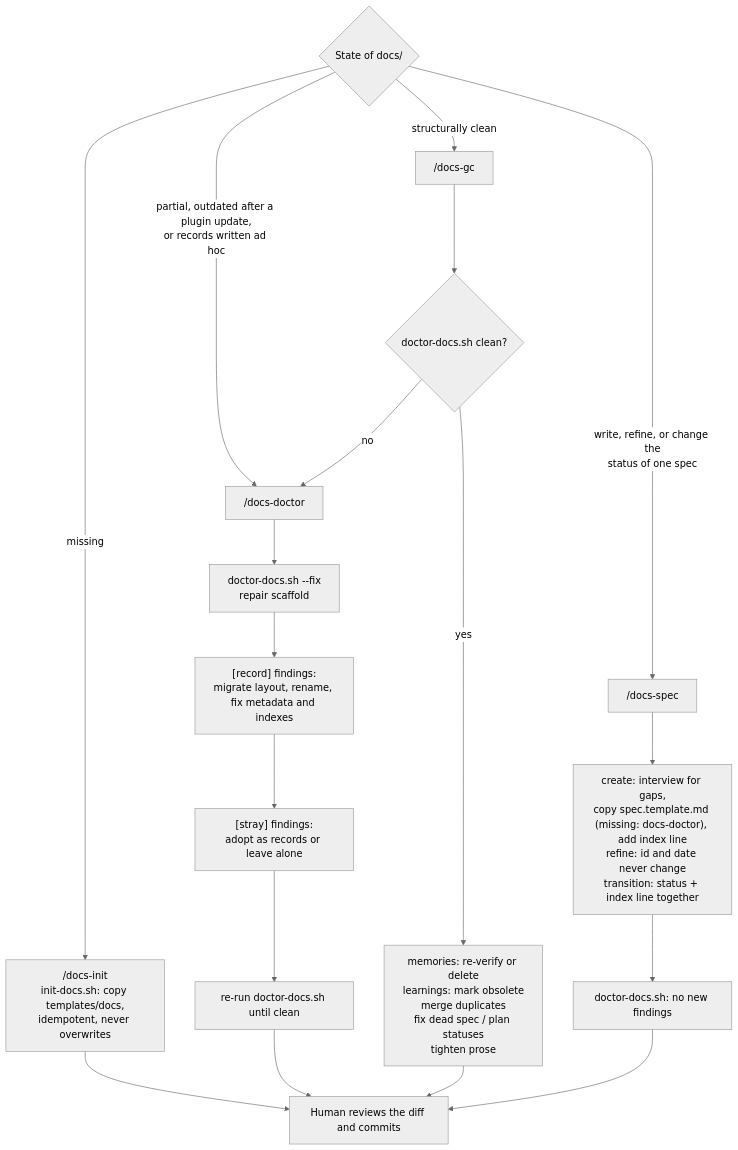
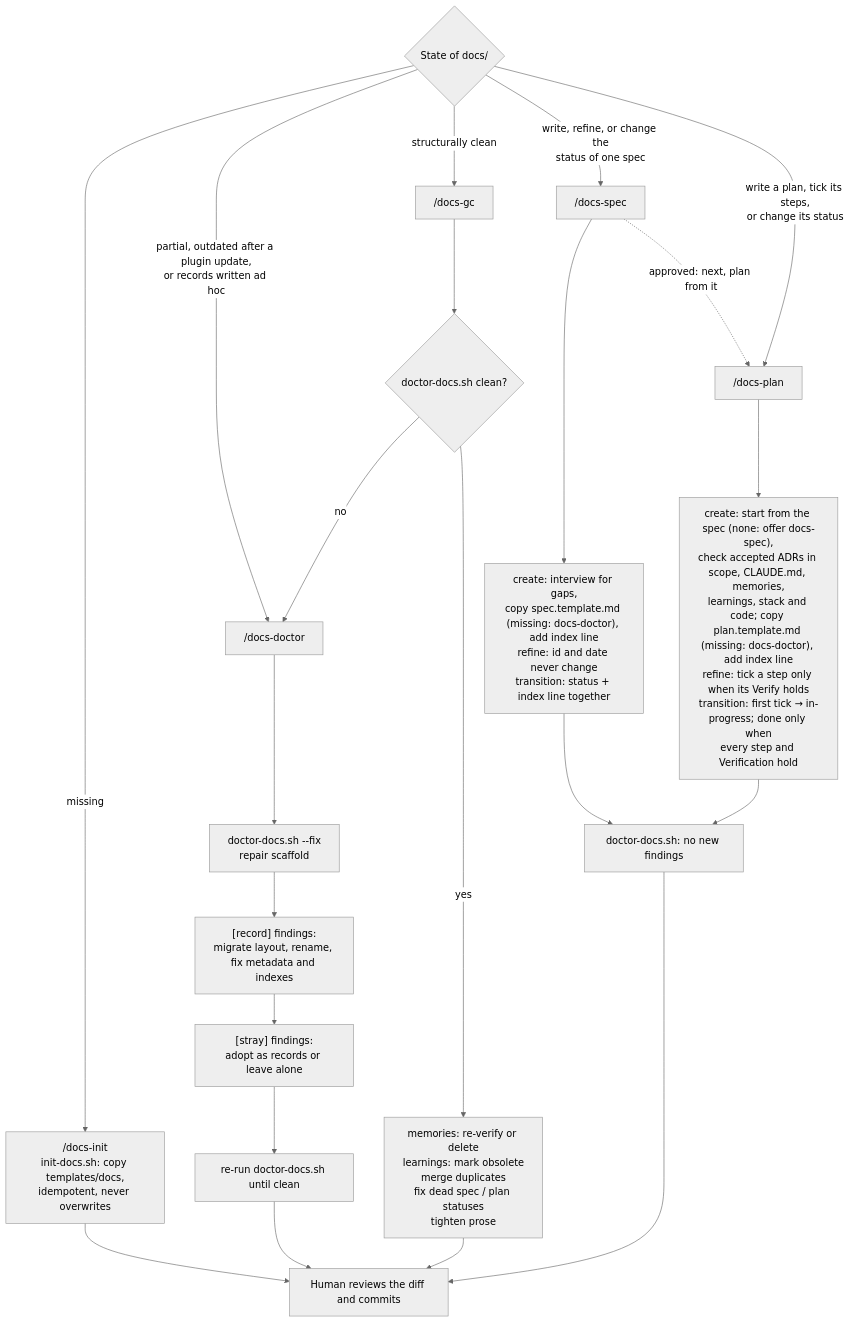
One commit to rochar/stella.agentic.workflow changed the ninth of 9 diagrams in stella-agentic-workflow-docs.md. Above: the diagram before and after it, drawn with Mermaid (neutral theme). The commit also changed other lines of this file and 17 other files, not shown here.

First line of the commit message:
Add docs-plan skill and doctor checks for plan steps

````diff
--- a/stella-agentic-workflow-docs.md
+++ b/stella-agentic-workflow-docs.md
@@ -229,24 +237,29 @@
 ```mermaid
 flowchart TD
     START{"State of docs/"} -- "missing" --> INIT["/docs-init<br/>init-docs.sh: copy templates/docs,<br/>idempotent, never overwrites"]
     START -- "partial, outdated after a plugin update,<br/>or records written ad hoc" --> DOC
     START -- "structurally clean" --> GC
     START -- "write, refine, or change the<br/>status of one spec" --> SP
+    START -- "write a plan, tick its steps,<br/>or change its status" --> PL
 
     DOC["/docs-doctor"] --> D1["doctor-docs.sh --fix<br/>repair scaffold"]
     D1 --> D2["[record] findings:<br/>migrate layout, rename, fix metadata and indexes"]
     D2 --> D3["[stray] findings:<br/>adopt as records or leave alone"]
     D3 --> D4["re-run doctor-docs.sh until clean"]
 
     GC["/docs-gc"] --> G0{"doctor-docs.sh clean?"}
     G0 -- no --> DOC
     G0 -- yes --> G1["memories: re-verify or delete<br/>learnings: mark obsolete<br/>merge duplicates<br/>fix dead spec / plan statuses<br/>tighten prose"]
 
     INIT --> REVIEW["Human reviews the diff and commits"]
     D4 --> REVIEW
     G1 --> REVIEW
 
     SP["/docs-spec"] --> S1["create: interview for gaps,<br/>copy spec.template.md (missing: docs-doctor), add index line<br/>refine: id and date never change<br/>transition: status + index line together"]
     S1 --> S2["doctor-docs.sh: no new findings"]
     S2 --> REVIEW
+
+    PL["/docs-plan"] --> P1["create: start from the spec (none: offer docs-spec),<br/>check accepted ADRs in scope, CLAUDE.md, memories,<br/>learnings, stack and code; copy plan.template.md (missing: docs-doctor), add index line<br/>refine: tick a step only when its Verify holds<br/>transition: first tick → in-progress; done only when<br/>every step and Verification hold"]
+    P1 --> S2
+    SP -. "approved: next, plan from it" .-> PL
 ```
````
